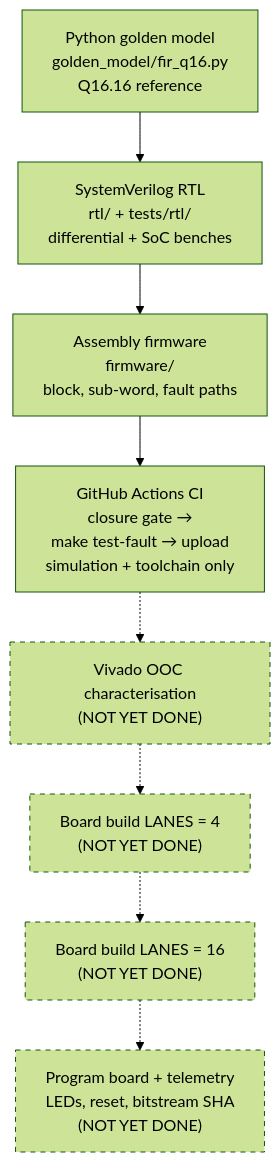
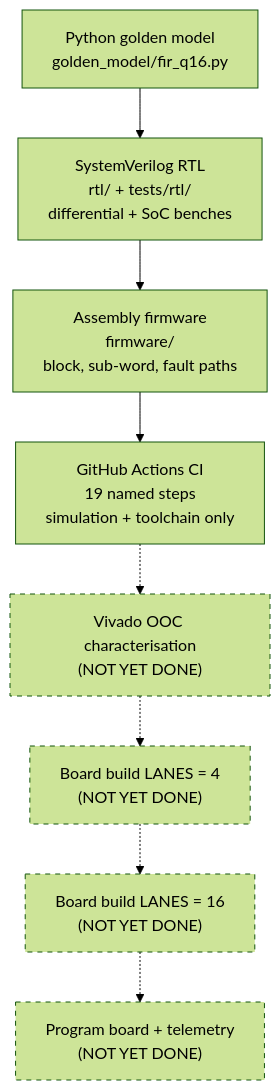
One commit to Aneeshparveda/NEXUS-32 changed the third of 3 diagrams in README.md. Above: the diagram before and after it, drawn with Mermaid (forest theme). The commit also changed other lines of this file, not shown here.

Commit message:
Revamp README: blueprint hero, results chart, honest board status

````diff
--- a/README.md
+++ b/README.md
@@ -186,22 +110,20 @@
 ```mermaid
 flowchart TD
-    GOLD["Python golden model<br/>golden_model/fir_q16.py<br/>Q16.16 reference"]
+    GOLD["Python golden model<br/>golden_model/fir_q16.py"]
     RTL["SystemVerilog RTL<br/>rtl/ + tests/rtl/<br/>differential + SoC benches"]
     FW["Assembly firmware<br/>firmware/<br/>block, sub-word, fault paths"]
-    CI["GitHub Actions CI<br/>closure gate →<br/>make test-fault → upload<br/>simulation + toolchain only"]
+    CI["GitHub Actions CI<br/>19 named steps<br/>simulation + toolchain only"]
     OOC["Vivado OOC characterisation<br/>(NOT YET DONE)"]
     BOARD4["Board build LANES = 4<br/>(NOT YET DONE)"]
     BOARD16["Board build LANES = 16<br/>(NOT YET DONE)"]
-    PROG["Program board + telemetry<br/>LEDs, reset, bitstream SHA<br/>(NOT YET DONE)"]
-
+    PROG["Program board + telemetry<br/>(NOT YET DONE)"]
     GOLD --> RTL
     RTL --> FW
     FW --> CI
     CI -.-> OOC
     OOC -.-> BOARD4
     BOARD4 -.-> BOARD16
     BOARD16 -.-> PROG
-
     classDef notdone stroke-dasharray: 5 5
     class OOC,BOARD4,BOARD16,PROG notdone
 ```
````
